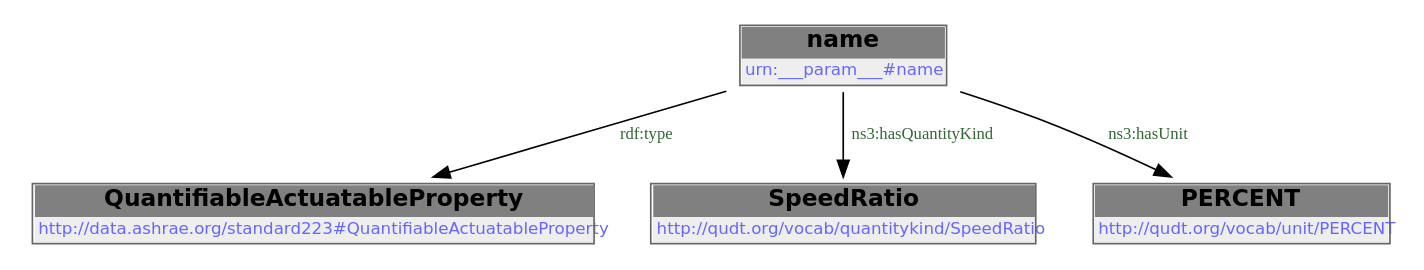
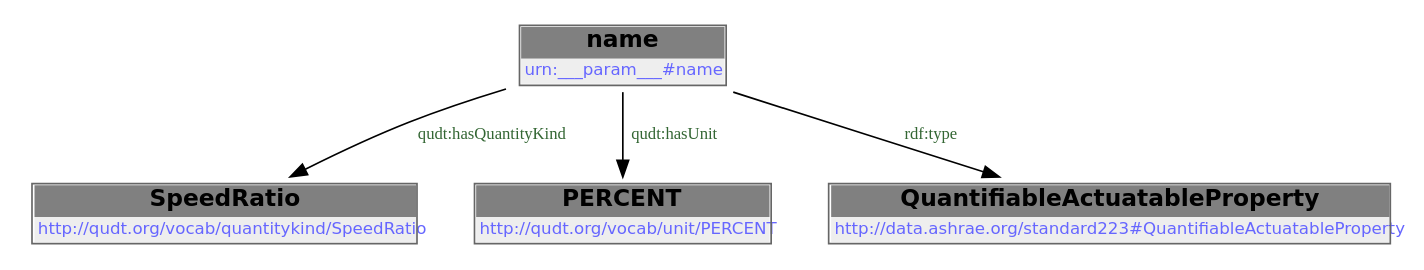
The diagram in docs/libraries/templates/speed-command.rst (DataDrivenCPS/water-ontology), drawn with Graphviz before and after one commit. The commit also changed other lines of this file and 83 other files, not shown here.

```diff
--- a/docs/libraries/templates/speed-command.rst
+++ b/docs/libraries/templates/speed-command.rst
@@ -59,12 +53,16 @@
-        .. graphviz::
+.. graphviz::
 
-                digraph G {
-            node [fontname="DejaVu Sans"];
-            node0 -> node1 [color=BLACK, label=< <font point-size='10' color='#336633'>rdf:type</font> >];
-            node0 -> node2 [color=BLACK, label=< <font point-size='10' color='#336633'>ns3:hasQuantityKind</font> >];
-            node0 -> node3 [color=BLACK, label=< <font point-size='10' color='#336633'>ns3:hasUnit</font> >];
-            node0 [shape=none, color=black, label=< <table color='#666666' cellborder='0' cellspacing='0' border='1'><tr><td colspan='2' bgcolor='grey'><B>name</B></td></tr><tr><td href='urn:___param___#name' bgcolor='#eeeeee' colspan='2'><font point-size='10' color='#6666ff'>urn:___param___#name</font></td></tr></table> >];
-            node1 [shape=none, color=black, label=< <table color='#666666' cellborder='0' cellspacing='0' border='1'><tr><td colspan='2' bgcolor='grey'><B>QuantifiableActuatableProperty</B></td></tr><tr><td href='http://data.ashrae.org/standard223#QuantifiableActuatableProperty' bgcolor='#eeeeee' colspan='2'><font point-size='10' color='#6666ff'>http://data.ashrae.org/standard223#QuantifiableActuatableProperty</font></td></tr></table> >];
-            node2 [shape=none, color=black, label=< <table color='#666666' cellborder='0' cellspacing='0' border='1'><tr><td colspan='2' bgcolor='grey'><B>SpeedRatio</B></td></tr><tr><td href='http://qudt.org/vocab/quantitykind/SpeedRatio' bgcolor='#eeeeee' colspan='2'><font point-size='10' color='#6666ff'>http://qudt.org/vocab/quantitykind/SpeedRatio</font></td></tr></table> >];
-            node3 [shape=none, color=black, label=< <table color='#666666' cellborder='0' cellspacing='0' border='1'><tr><td colspan='2' bgcolor='grey'><B>PERCENT</B></td></tr><tr><td href='http://qudt.org/vocab/unit/PERCENT' bgcolor='#eeeeee' colspan='2'><font point-size='10' color='#6666ff'>http://qudt.org/vocab/unit/PERCENT</font></td></tr></table> >];
-            }
+    digraph {
+     node [ fontname="DejaVu Sans" ] ;
+        node0 -> node1 [ color=BLACK, label=< <font point-size='10' color='#336633'>qudt:hasQuantityKind</font> > ] ;
+        node0 -> node2 [ color=BLACK, label=< <font point-size='10' color='#336633'>qudt:hasUnit</font> > ] ;
+        node0 -> node3 [ color=BLACK, label=< <font point-size='10' color='#336633'>rdf:type</font> > ] ;
+    # urn:___param___#name node0
+    node0 [ shape=none, color=black label=< <table color='#666666' cellborder='0' cellspacing='0' border='1'><tr><td colspan='2' bgcolor='grey'><B>name</B></td></tr><tr><td href='urn:___param___#name' bgcolor='#eeeeee' colspan='2'><font point-size='10' color='#6666ff'>urn:___param___#name</font></td></tr></table> > ]
+    # http://qudt.org/vocab/quantitykind/SpeedRatio node1
+    node1 [ shape=none, color=black label=< <table color='#666666' cellborder='0' cellspacing='0' border='1'><tr><td colspan='2' bgcolor='grey'><B>SpeedRatio</B></td></tr><tr><td href='http://qudt.org/vocab/quantitykind/SpeedRatio' bgcolor='#eeeeee' colspan='2'><font point-size='10' color='#6666ff'>http://qudt.org/vocab/quantitykind/SpeedRatio</font></td></tr></table> > ]
+    # http://qudt.org/vocab/unit/PERCENT node2
+    node2 [ shape=none, color=black label=< <table color='#666666' cellborder='0' cellspacing='0' border='1'><tr><td colspan='2' bgcolor='grey'><B>PERCENT</B></td></tr><tr><td href='http://qudt.org/vocab/unit/PERCENT' bgcolor='#eeeeee' colspan='2'><font point-size='10' color='#6666ff'>http://qudt.org/vocab/unit/PERCENT</font></td></tr></table> > ]
+    # http://data.ashrae.org/standard223#QuantifiableActuatableProperty node3
+    node3 [ shape=none, color=black label=< <table color='#666666' cellborder='0' cellspacing='0' border='1'><tr><td colspan='2' bgcolor='grey'><B>QuantifiableActuatableProperty</B></td></tr><tr><td href='http://data.ashrae.org/standard223#QuantifiableActuatableProperty' bgcolor='#eeeeee' colspan='2'><font point-size='10' color='#6666ff'>http://data.ashrae.org/standard223#QuantifiableActuatableProperty</font></td></tr></table> > ]
+    }
```
